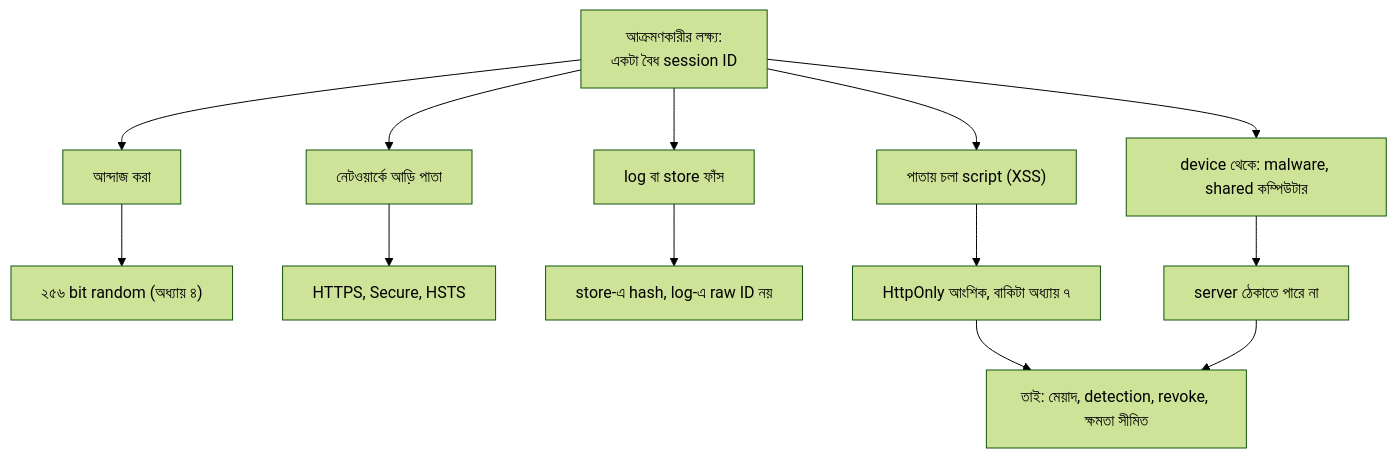
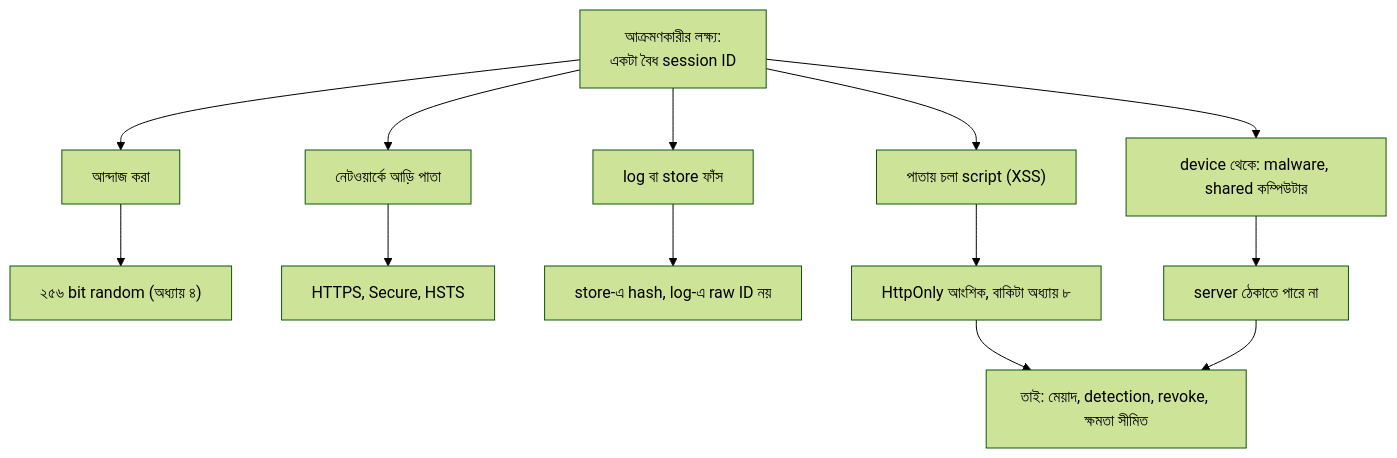
One commit to shomi-khan/auth-security-journey changed the first of 8 diagrams in series/season-1-browser-session-token/05-session-hijacking-fixation/README.md. Above: the diagram before and after it, drawn with Mermaid (forest theme). The commit also changed other lines of this file, not shown here.

````diff
--- a/series/season-1-browser-session-token/05-session-hijacking-fixation/README.md
+++ b/series/season-1-browser-session-token/05-session-hijacking-fixation/README.md
@@ -79,16 +79,16 @@
 ```mermaid
 flowchart TD
     A["আক্রমণকারীর লক্ষ্য:<br/>একটা বৈধ session ID"]
     A --> S1["আন্দাজ করা"]
     A --> S2["নেটওয়ার্কে আড়ি পাতা"]
     A --> S3["log বা store ফাঁস"]
     A --> S4["পাতায় চলা script (XSS)"]
     A --> S5["device থেকে: malware, shared কম্পিউটার"]
     S1 --> D1["২৫৬ bit random (অধ্যায় ৪)"]
     S2 --> D2["HTTPS, Secure, HSTS"]
     S3 --> D3["store-এ hash, log-এ raw ID নয়"]
-    S4 --> D4["HttpOnly আংশিক, বাকিটা অধ্যায় ৭"]
+    S4 --> D4["HttpOnly আংশিক, বাকিটা অধ্যায় ৮"]
     S5 --> D5["server ঠেকাতে পারে না"]
     D4 --> R["তাই: মেয়াদ, detection, revoke, ক্ষমতা সীমিত"]
     D5 --> R
 ```
````
